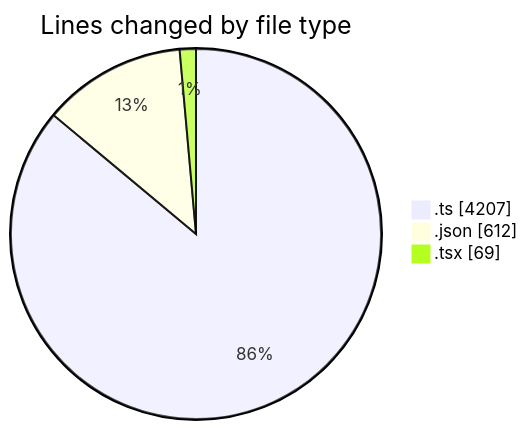
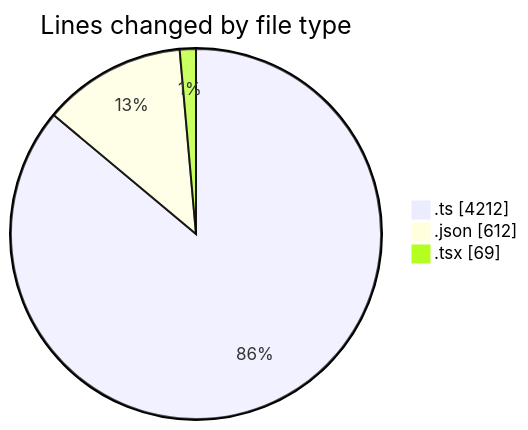
The first of 2 diagrams in 2025-10-22/cda/README.md (momahboobian/code-tracking), drawn with Mermaid before and after one commit. The commit also changed other lines of this file and 1 other file, not shown here.

````diff
--- a/2025-10-22/cda/README.md
+++ b/2025-10-22/cda/README.md
@@ -30,7 +30,7 @@
 ```mermaid
 pie showData
 title Lines changed by file type
-".ts" : 4207
+".ts" : 4212
 ".json" : 612
 ".tsx" : 69
 ```
````
